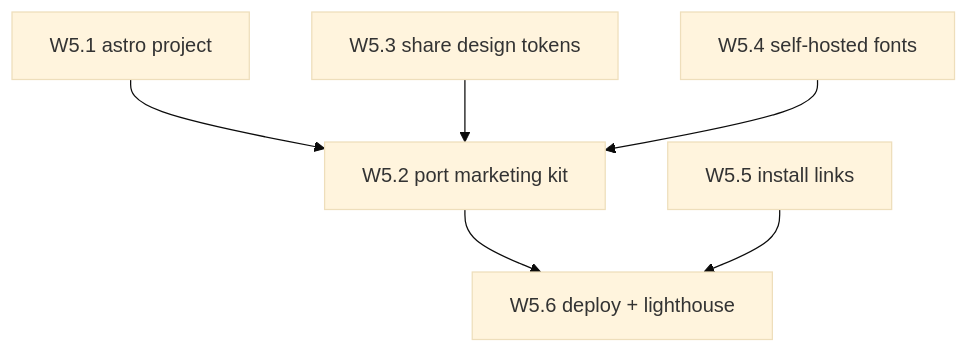
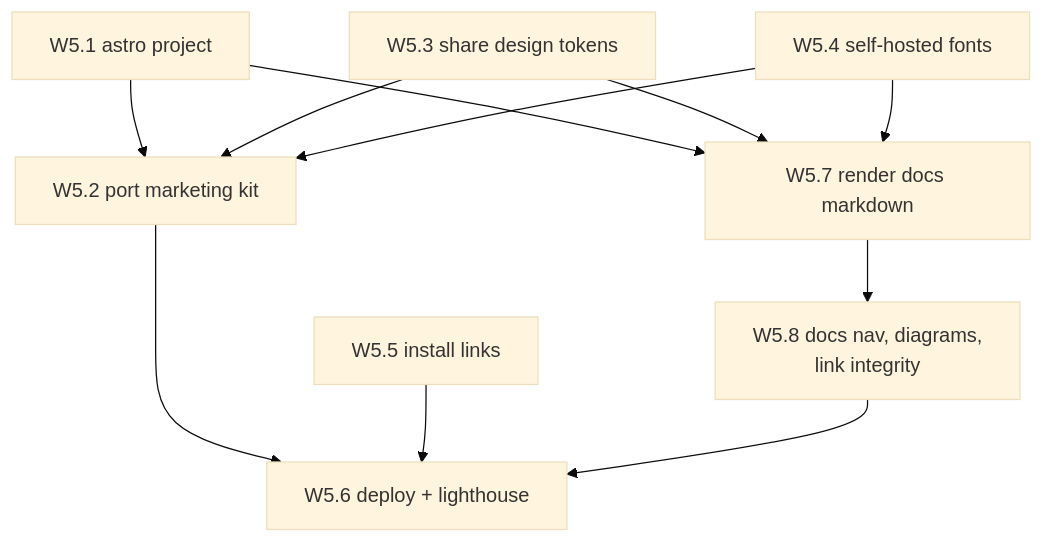
The diagram in docs/plans/wave-5-marketing-site.md (whizzzkid/point-and-shoot), drawn with Mermaid (base theme) before and after one commit. The commit also changed other lines of this file and 7 other files, not shown here.

````diff
--- a/docs/plans/wave-5-marketing-site.md
+++ b/docs/plans/wave-5-marketing-site.md
@@ -31,15 +36,22 @@
 ```mermaid
 flowchart TD
   W51["W5.1 astro project"]
   W52["W5.2 port marketing kit"]
   W53["W5.3 share design tokens"]
   W54["W5.4 self-hosted fonts"]
   W55["W5.5 install links"]
   W56["W5.6 deploy + lighthouse"]
+  W57["W5.7 render docs markdown"]
+  W58["W5.8 docs nav, diagrams,<br/>link integrity"]
 
   W51 --> W52
   W53 --> W52
   W54 --> W52
   W52 --> W56
   W55 --> W56
+  W51 --> W57
+  W53 --> W57
+  W54 --> W57
+  W57 --> W58
+  W58 --> W56
 ```
````
